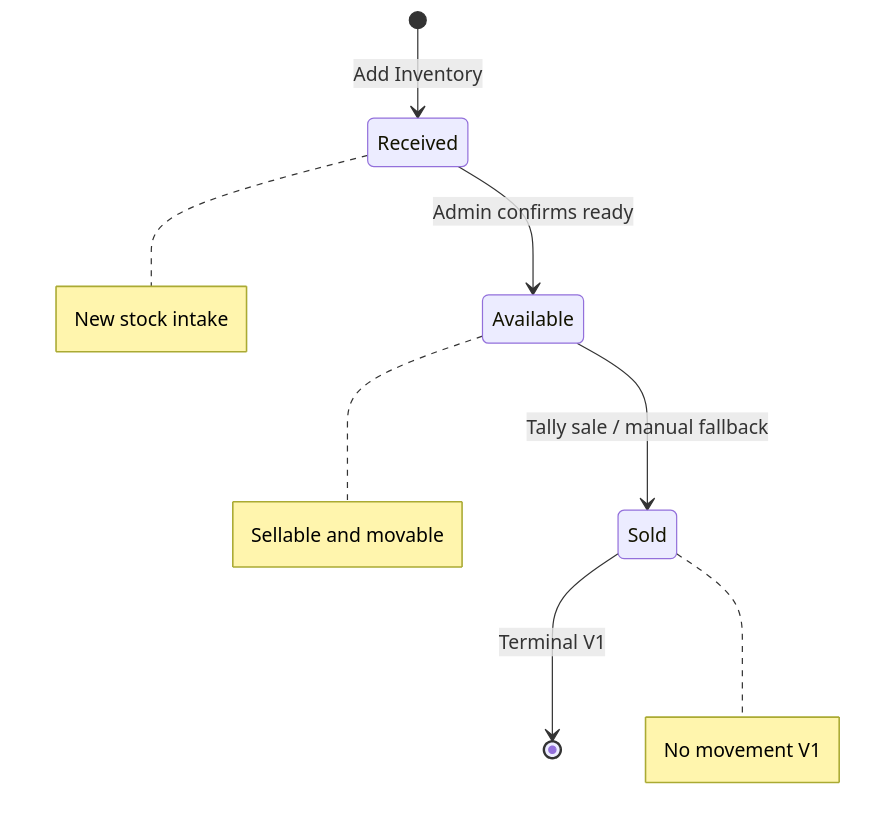
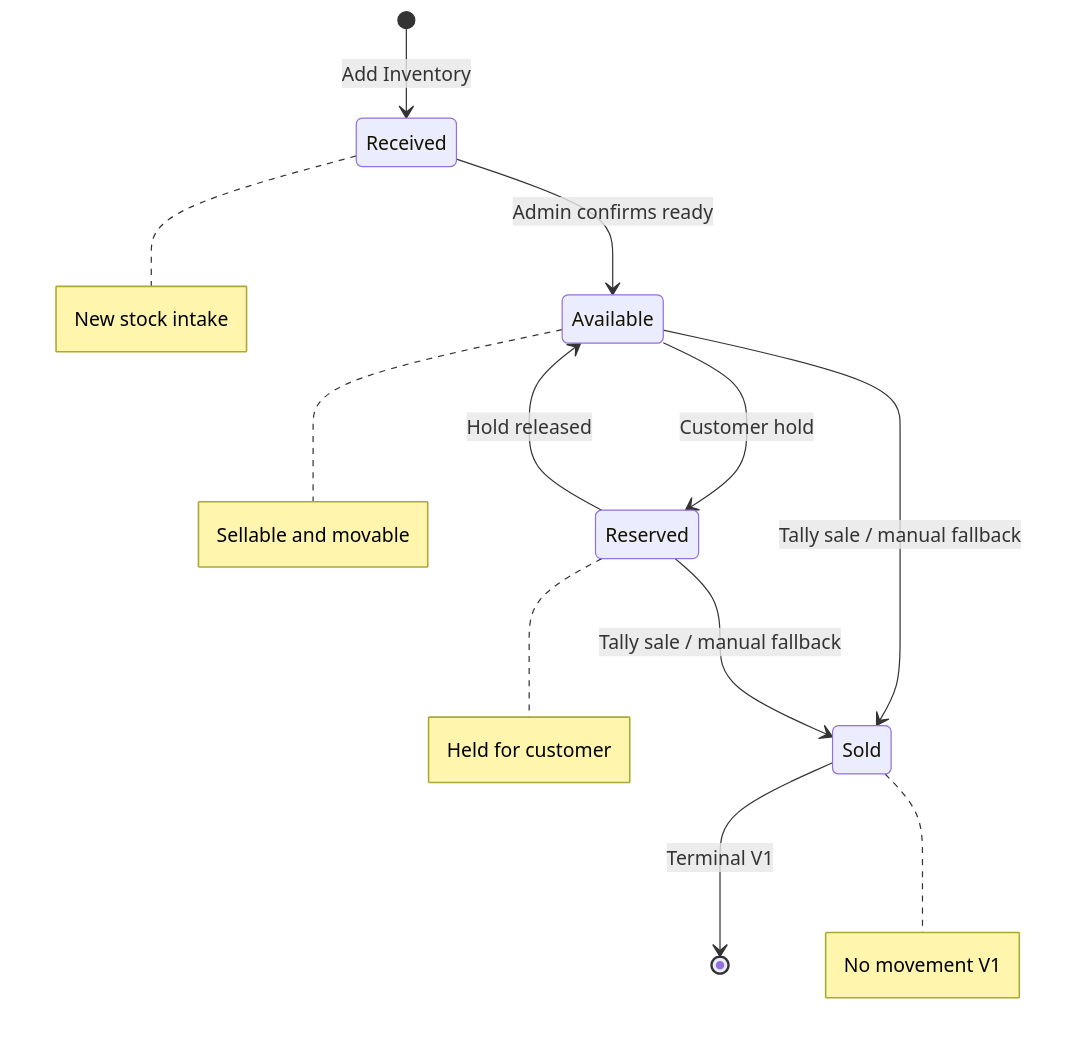
Diagram 13 of 21 in docs/SYSTEM_ARCHITECTURE.md (gptsmarth/Webstudio-IMS), drawn with Mermaid before and after one commit. The commit also changed other lines of this file and 44 other files, not shown here.

````diff
--- a/docs/SYSTEM_ARCHITECTURE.md
+++ b/docs/SYSTEM_ARCHITECTURE.md
@@ -1200,11 +1227,15 @@
 ```mermaid
 stateDiagram-v2
     [*] --> Received : Add Inventory
     Received --> Available : Admin confirms ready
+    Available --> Reserved : Customer hold
+    Reserved --> Available : Hold released
     Available --> Sold : Tally sale / manual fallback
+    Reserved --> Sold : Tally sale / manual fallback
     Sold --> [*] : Terminal V1
 
     note right of Received : New stock intake
     note right of Available : Sellable and movable
+    note right of Reserved : Held for customer
     note right of Sold : No movement V1
 ```
````
